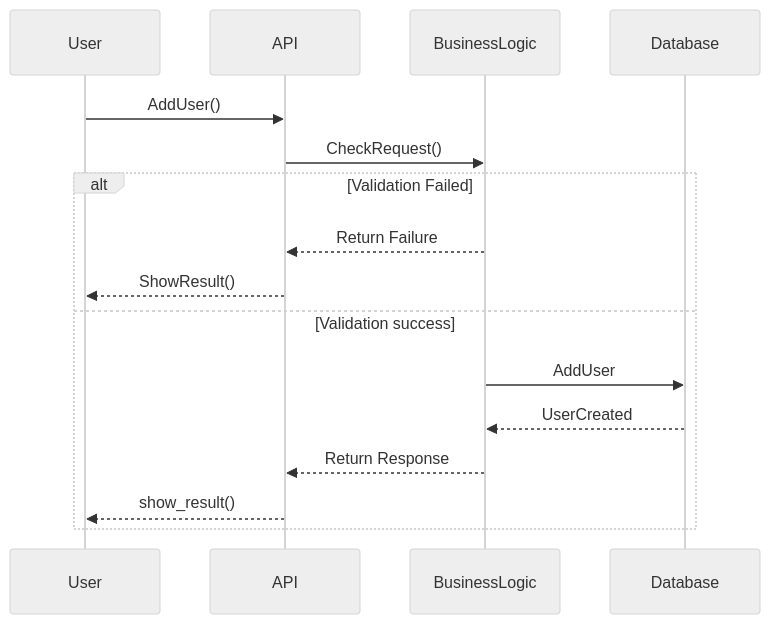
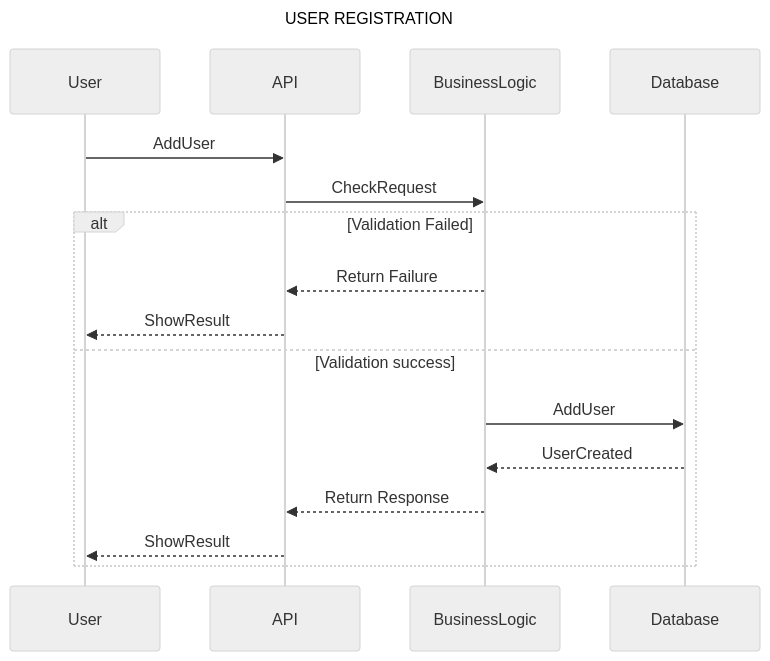
One commit to EnzoMessaoudi/holbertonschool-hbnb changed the diagram in part1/sequence_diagrams_User_Registration.mermaid. Above: the diagram before and after it, drawn with Mermaid.

Commit message:
ADD a title

```diff
--- a/part1/sequence_diagrams_User_Registration.mermaid
+++ b/part1/sequence_diagrams_User_Registration.mermaid
@@ -1,20 +1,21 @@
 %%{ init : { "theme": "neutral" } }%%
 
 sequenceDiagram
+title USER REGISTRATION
 participant User
 participant API
 participant BusinessLogic
 participant Database
 
-User->>API: AddUser()
-API->>BusinessLogic: CheckRequest()
+User->>API: AddUser
+API->>BusinessLogic: CheckRequest
 
 alt Validation Failed
     BusinessLogic-->>API: Return Failure
-    API-->>User:ShowResult()
+    API-->>User: ShowResult
 else Validation success
     BusinessLogic->>Database: AddUser
     Database-->>BusinessLogic: UserCreated
     BusinessLogic-->>API: Return Response
-    API-->>User: show_result()
+    API-->>User: ShowResult
 end
```
